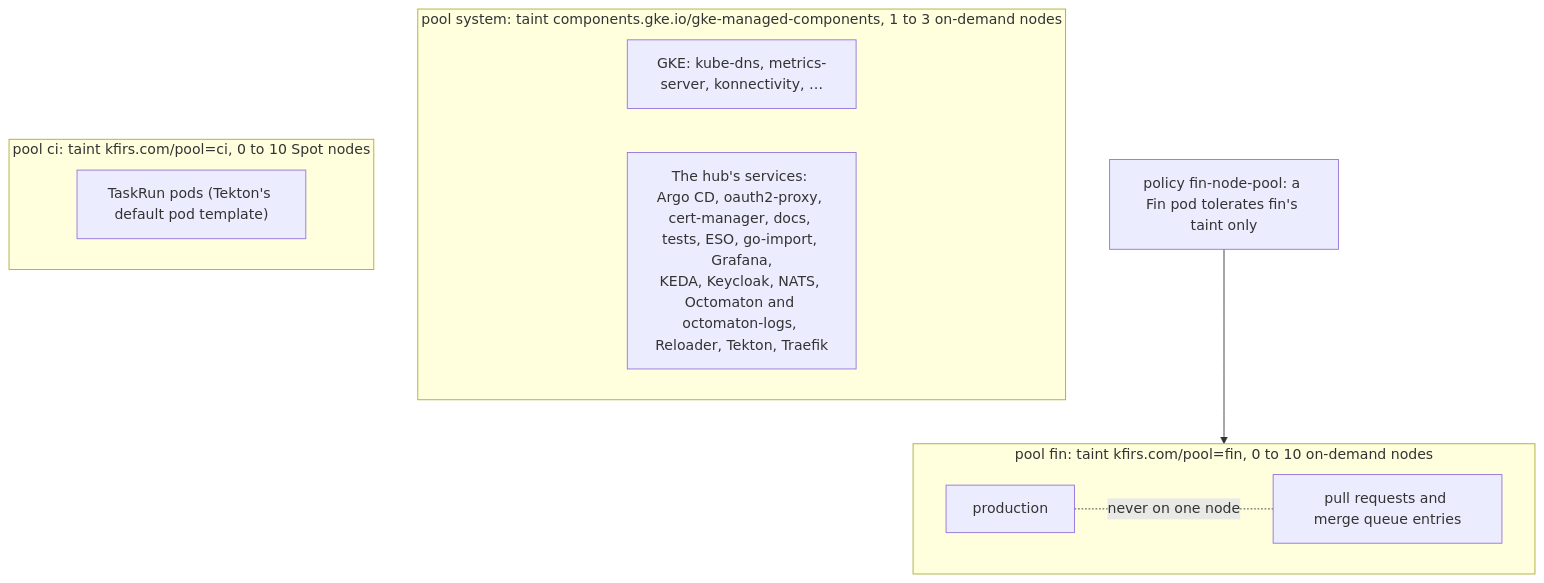
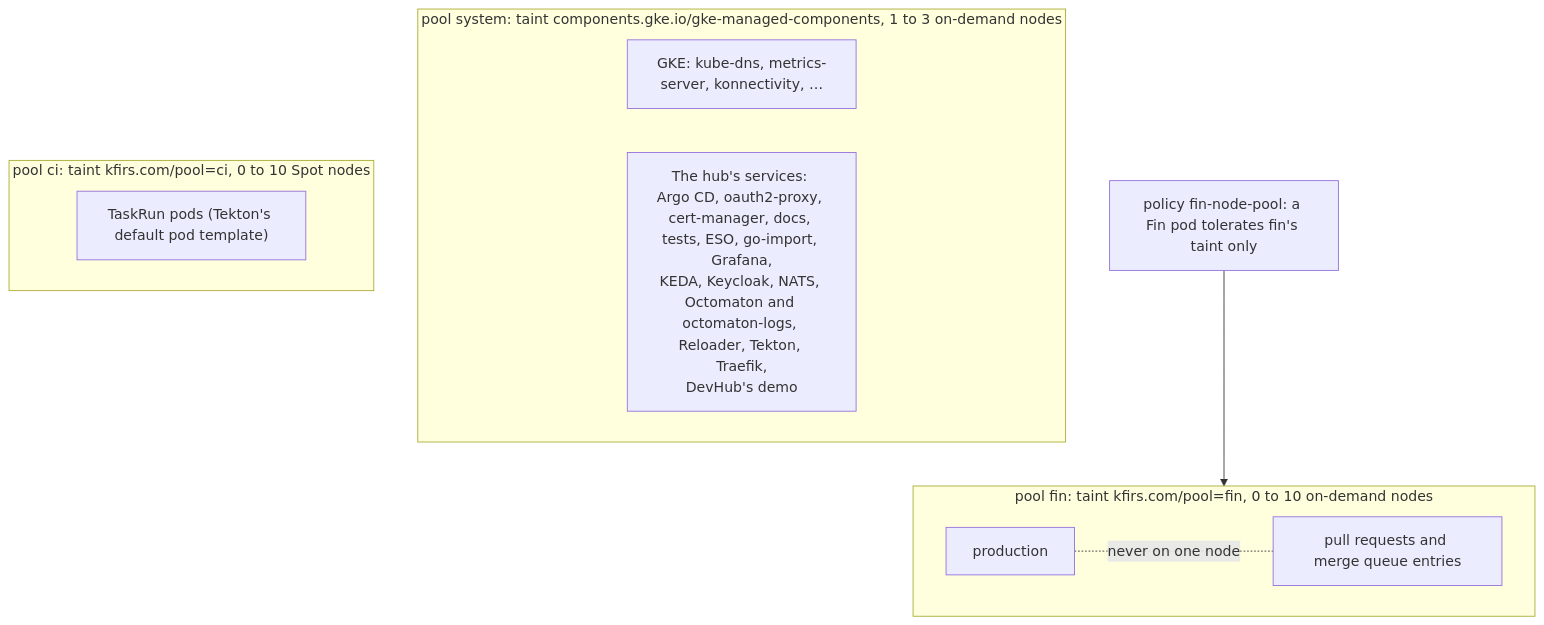
The diagram in docs/delivery/designs/node-pools.md (arikkfir-org/delivery), drawn with Mermaid before and after one commit. The commit also changed other lines of this file and 18 other files, not shown here.

First line of the commit message:
feat(devhub): run devhub's main as a demo behind the hub's sign-in

````diff
--- a/docs/delivery/designs/node-pools.md
+++ b/docs/delivery/designs/node-pools.md
@@ -18,16 +18,16 @@
 ```mermaid
 flowchart TB
   subgraph system["pool system: taint components.gke.io/gke-managed-components, 1 to 3 on-demand nodes"]
     GKE["GKE: kube-dns, metrics-server, konnectivity, …"]
-    Hub["The hub's services: Argo CD, oauth2-proxy, cert-manager, docs, tests, ESO, go-import, Grafana,<br/>KEDA, Keycloak, NATS, Octomaton and octomaton-logs, Reloader, Tekton, Traefik"]
+    Hub["The hub's services: Argo CD, oauth2-proxy, cert-manager, docs, tests, ESO, go-import, Grafana,<br/>KEDA, Keycloak, NATS, Octomaton and octomaton-logs, Reloader, Tekton, Traefik,<br/>DevHub's demo"]
   end
   subgraph ci["pool ci: taint kfirs.com/pool=ci, 0 to 10 Spot nodes"]
     Runs["TaskRun pods (Tekton's default pod template)"]
   end
   subgraph fin["pool fin: taint kfirs.com/pool=fin, 0 to 10 on-demand nodes"]
     Prod["production"]
     PRs["pull requests and merge queue entries"]
   end
   Prod -. "never on one node" .- PRs
   Policy["policy fin-node-pool: a Fin pod tolerates fin's taint only"] --> fin
 ```
````
